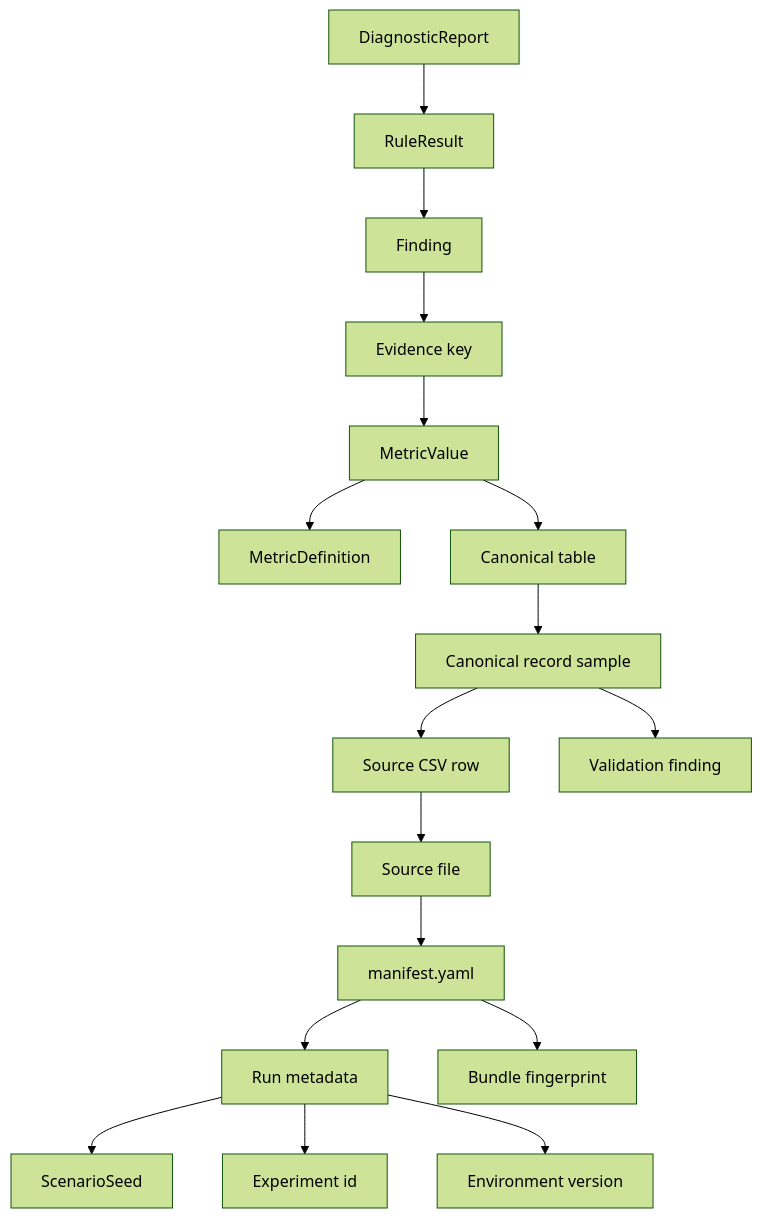
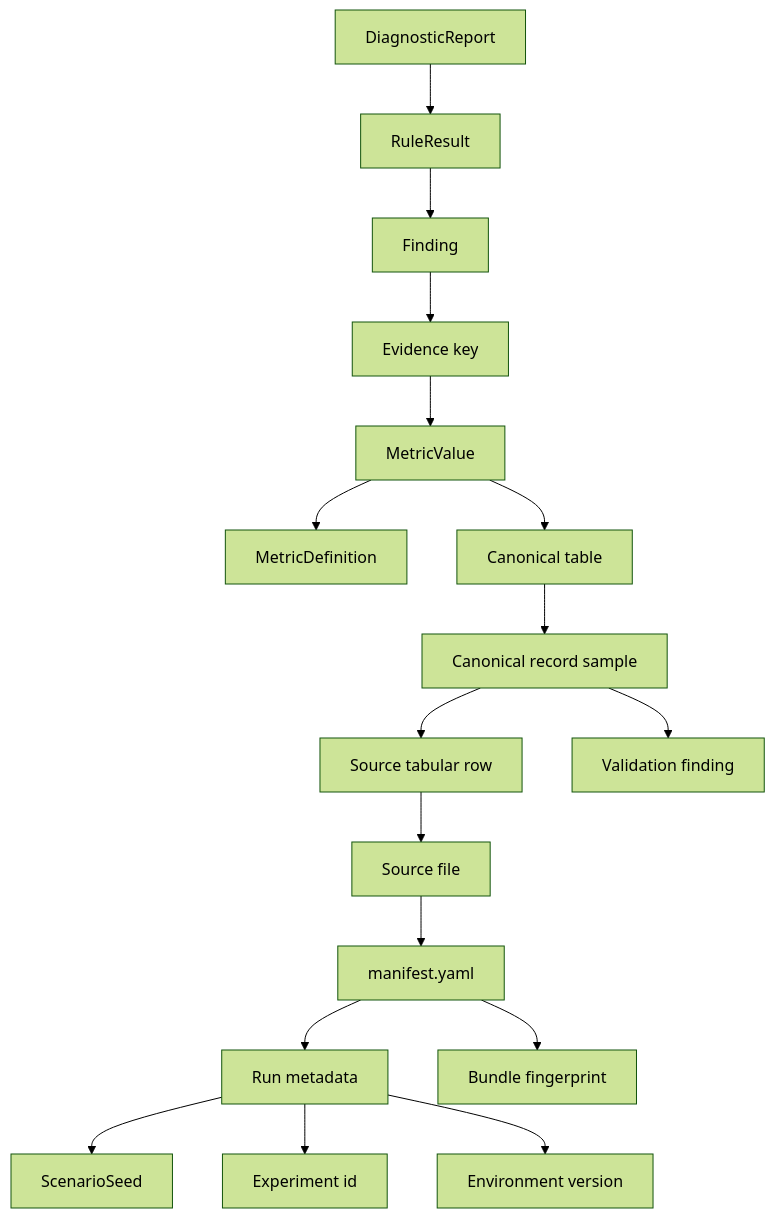
Diagram 27 of 47 in docs/architecture.md (Abdulla4akash/traffictwin), drawn with Mermaid (forest theme) before and after one commit. The commit also changed other lines of this file and 566 other files, not shown here.

````diff
--- a/docs/architecture.md
+++ b/docs/architecture.md
@@ -188,19 +770,19 @@
 ```mermaid
 flowchart TD
     Report[DiagnosticReport] --> RuleResult[RuleResult]
     RuleResult --> Finding[Finding]
     Finding --> EvidenceKey[Evidence key]
     EvidenceKey --> MetricResult[MetricValue]
     MetricResult --> MetricDefinition[MetricDefinition]
     MetricResult --> CanonicalTable[Canonical table]
     CanonicalTable --> CanonicalRecord[Canonical record sample]
-    CanonicalRecord --> SourceRow[Source CSV row]
+    CanonicalRecord --> SourceRow[Source tabular row]
     SourceRow --> SourceFile[Source file]
     CanonicalRecord --> ValidationFinding[Validation finding]
     SourceFile --> Manifest[manifest.yaml]
     Manifest --> Run[Run metadata]
     Run --> Seed[ScenarioSeed]
     Run --> Experiment[Experiment id]
     Run --> Environment[Environment version]
     Manifest --> Fingerprint[Bundle fingerprint]
 ```
````
